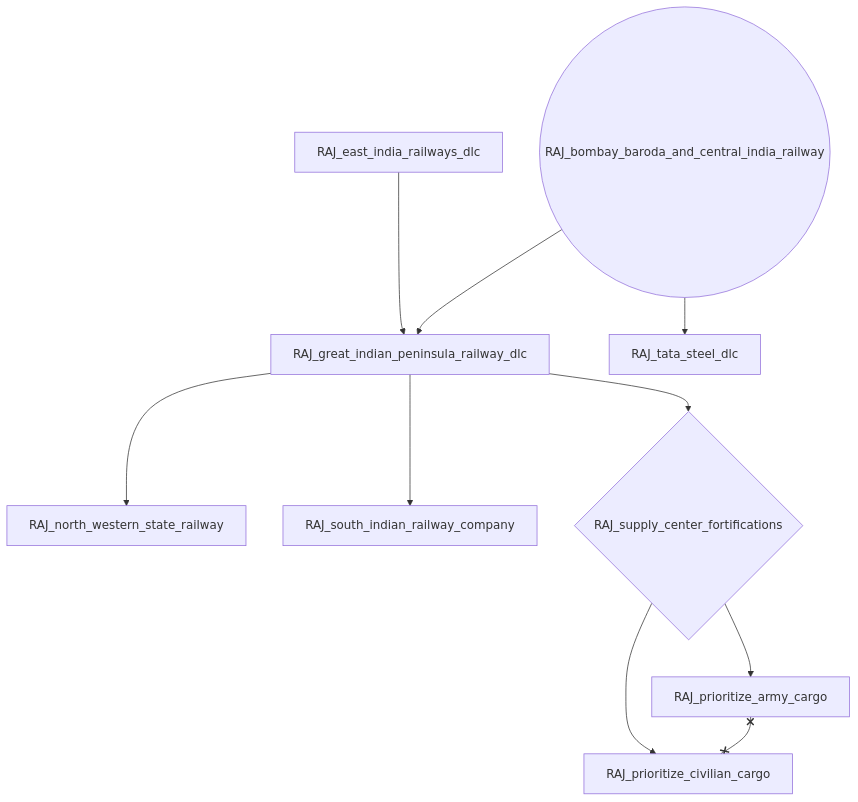
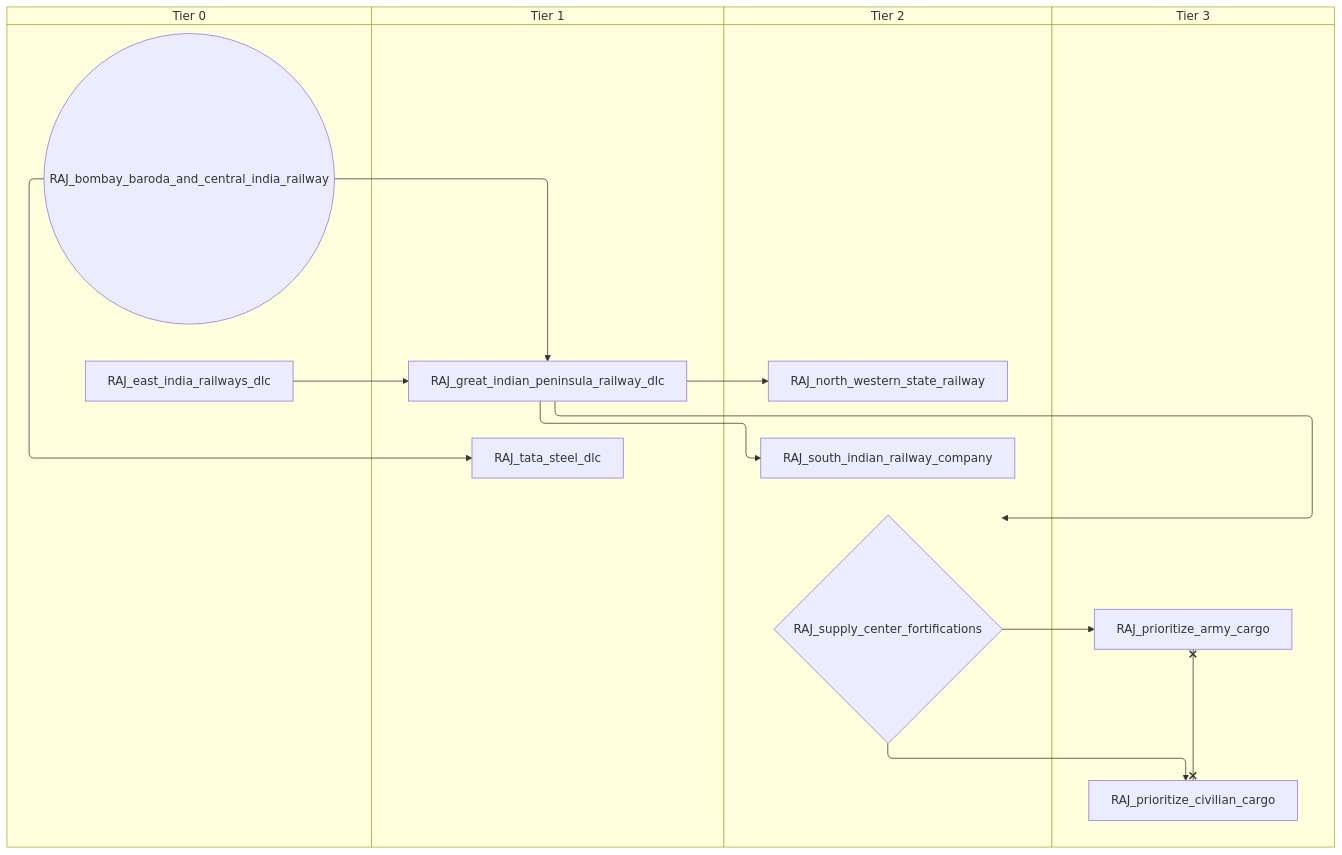
One commit to evgeny-sobol/hoi4-sandbox-mode-r56 changed the second of 13 diagrams in docs/gdd/National Focuses/r56/india_goe.md. Above: the diagram before and after it, drawn with Mermaid. The commit also changed other lines of this file and 423 other files, not shown here.

First line of the commit message:
Re-export Rt56 focus trees as swimlane diagrams

````diff
--- a/docs/gdd/National Focuses/r56/india_goe.md
+++ b/docs/gdd/National Focuses/r56/india_goe.md
@@ -32,21 +40,29 @@
 ```mermaid
-flowchart TD
-    n12(("RAJ_bombay_baroda_and_central_india_railway"))
-    n13["RAJ_east_india_railways_dlc"]
-    n14["RAJ_great_indian_peninsula_railway_dlc"]
-    n15["RAJ_north_western_state_railway"]
-    n16["RAJ_prioritize_army_cargo"]
-    n17["RAJ_prioritize_civilian_cargo"]
-    n18["RAJ_south_indian_railway_company"]
-    n19{"RAJ_supply_center_fortifications"}
-    n20["RAJ_tata_steel_dlc"]
+swimlane-beta TD
+    subgraph tier_0["Tier 0"]
+        n12(("RAJ_bombay_baroda_and_central_india_railway"))
+        n13["RAJ_east_india_railways_dlc"]
+    end
+    subgraph tier_1["Tier 1"]
+        n14["RAJ_great_indian_peninsula_railway_dlc"]
+        n15["RAJ_tata_steel_dlc"]
+    end
+    subgraph tier_2["Tier 2"]
+        n16["RAJ_north_western_state_railway"]
+        n17["RAJ_south_indian_railway_company"]
+        n18{"RAJ_supply_center_fortifications"}
+    end
+    subgraph tier_3["Tier 3"]
+        n19["RAJ_prioritize_army_cargo"]
+        n20["RAJ_prioritize_civilian_cargo"]
+    end
     n13 --> n14
     n12 --> n14
-    n14 --> n15
-    n19 --> n16
-    n19 --> n17
+    n14 --> n16
+    n18 --> n19
+    n18 --> n20
+    n14 --> n17
     n14 --> n18
-    n14 --> n19
-    n12 --> n20
-    n16 x--x n17
+    n12 --> n15
+    n19 x--x n20
 ```
````
